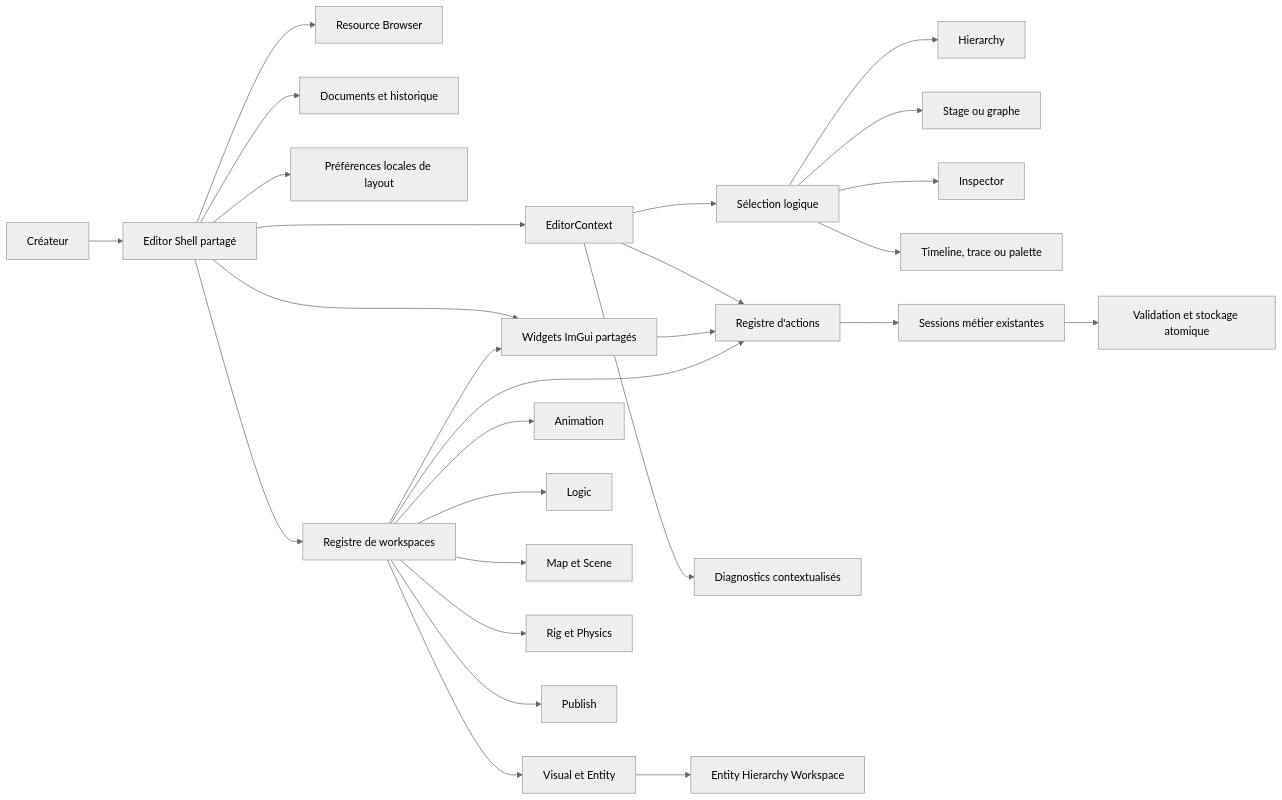
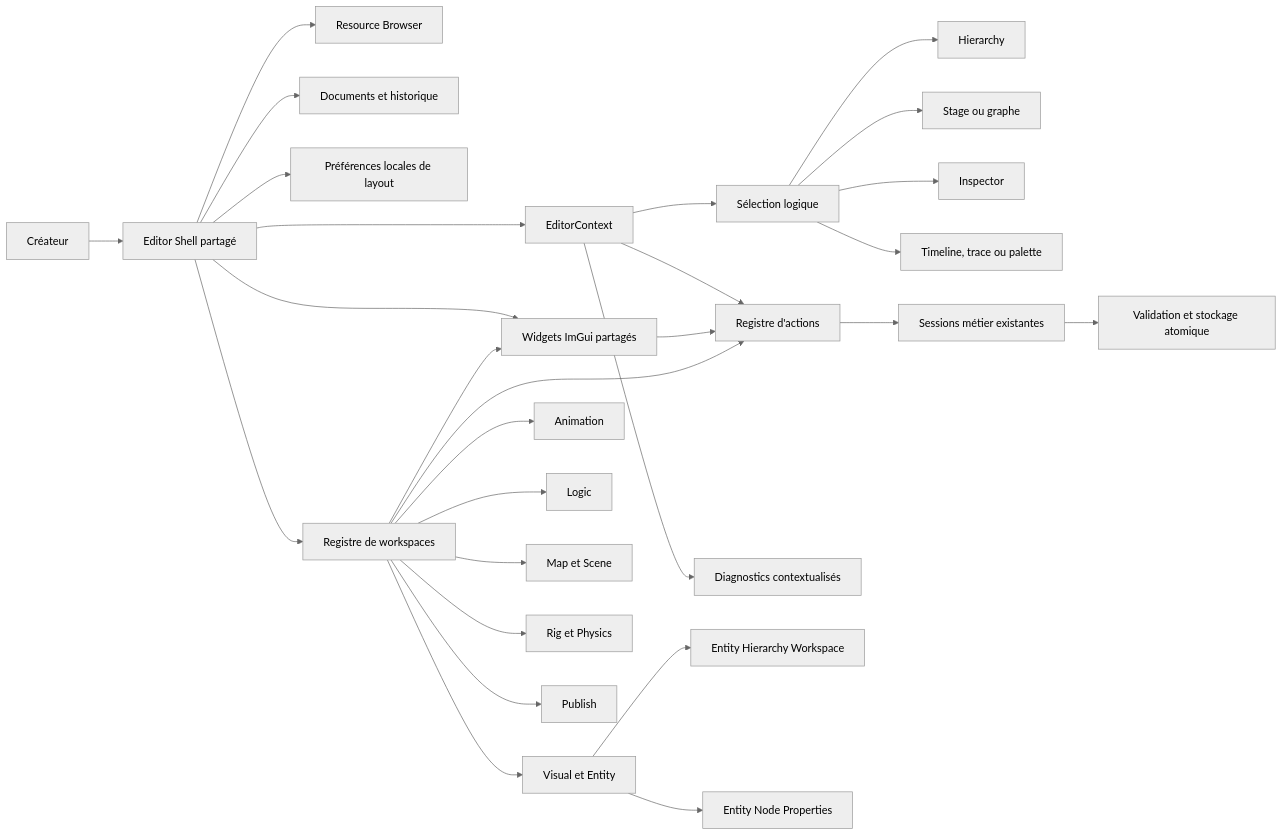
The second of 3 diagrams in docs/architecture/components/studio-ux.md (tristan-monticelli/vertex-loom), drawn with Mermaid (neutral theme) before and after one commit. The commit also changed other lines of this file and 8 other files, not shown here.

Commit message:
refactor(asset-studio): extract entity node properties

````diff
--- a/docs/architecture/components/studio-ux.md
+++ b/docs/architecture/components/studio-ux.md
@@ -153,29 +153,30 @@
 ```mermaid
 flowchart LR
     User[Créateur] --> Shell[Editor Shell partagé]
     Shell --> Browser[Resource Browser]
     Shell --> Tabs[Documents et historique]
     Shell --> Context[EditorContext]
     Shell --> SharedWidgets[Widgets ImGui partagés]
     Shell --> Preferences[Préférences locales de layout]
     Context --> Selection[Sélection logique]
     Context --> Actions[Registre d'actions]
     Context --> Diagnostics[Diagnostics contextualisés]
     Shell --> Workspaces[Registre de workspaces]
     Workspaces --> SharedWidgets
     Workspaces --> Visual[Visual et Entity]
     Visual --> EntityHierarchy[Entity Hierarchy Workspace]
+    Visual --> EntityProperties[Entity Node Properties]
     Workspaces --> Animation[Animation]
     Workspaces --> Logic[Logic]
     Workspaces --> Map[Map et Scene]
     Workspaces --> Rig[Rig et Physics]
     Workspaces --> Publish[Publish]
     Selection --> Hierarchy[Hierarchy]
     Selection --> Stage[Stage ou graphe]
     Selection --> Inspector[Inspector]
     Selection --> TaskDock[Timeline, trace ou palette]
     SharedWidgets --> Actions
     Workspaces --> Actions
     Actions --> Sessions[Sessions métier existantes]
     Sessions --> Storage[Validation et stockage atomique]
 ```
````
